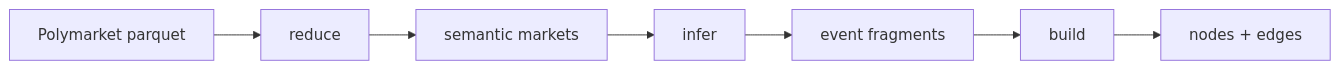
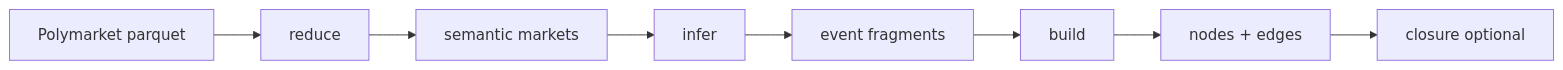
One commit to hypertrial/oddsfox-graph changed the second of 2 diagrams in docs/concepts/architecture.md. Above: the diagram before and after it, drawn with Mermaid. The commit also changed other lines of this file and 36 other files, not shown here.

````diff
--- a/docs/concepts/architecture.md
+++ b/docs/concepts/architecture.md
@@ -56,12 +63,14 @@
 ```mermaid
 flowchart LR
   parquet["Polymarket parquet"]
   reduce["reduce"]
   semantic["semantic markets"]
   infer["infer"]
   fragments["event fragments"]
   build["build"]
   export["nodes + edges"]
+  closure["closure optional"]
 
   parquet --> reduce --> semantic --> infer --> fragments --> build --> export
+  export --> closure
 ```
````
